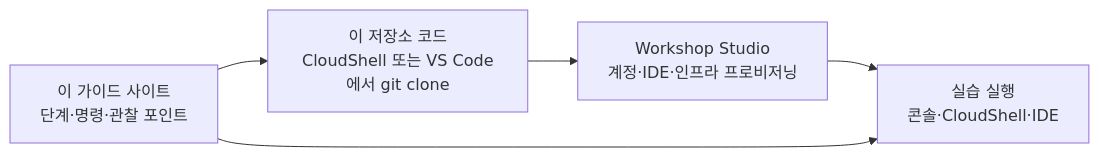
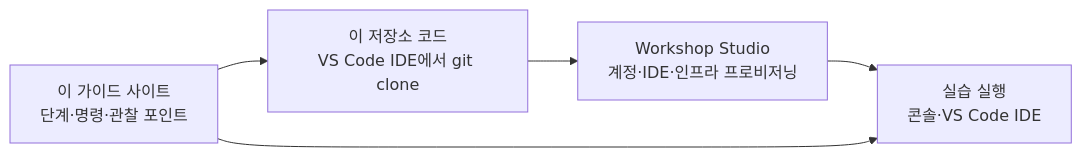
The diagram in docs/index.md (hsr87/devops-agent-workshop-kr), drawn with Mermaid before and after one commit. The commit also changed other lines of this file and 5 other files, not shown here.

Commit message:
Make the browser VS Code IDE the default environment; CloudShell becomes the alternative

````diff
--- a/docs/index.md
+++ b/docs/index.md
@@ -26,7 +26,7 @@
 ```mermaid
 flowchart LR
-  A[Workshop Studio<br/>계정·IDE·인프라 프로비저닝] --> B[실습 실행<br/>콘솔·CloudShell·IDE]
+  A[Workshop Studio<br/>계정·IDE·인프라 프로비저닝] --> B[실습 실행<br/>콘솔·VS Code IDE]
   C[이 가이드 사이트<br/>단계·명령·관찰 포인트] --> B
-  C --> D[이 저장소 코드<br/>CloudShell 또는 VS Code에서 git clone]
+  C --> D[이 저장소 코드<br/>VS Code IDE에서 git clone]
   D --> A
 ```
````
